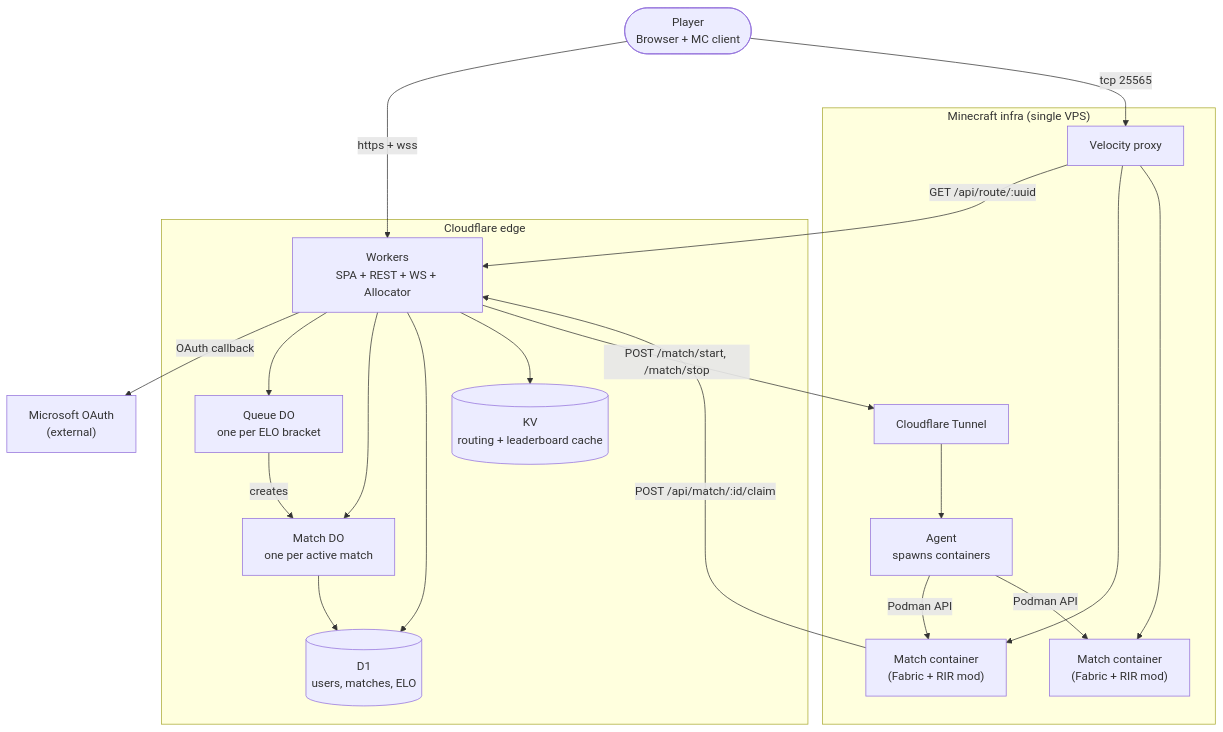
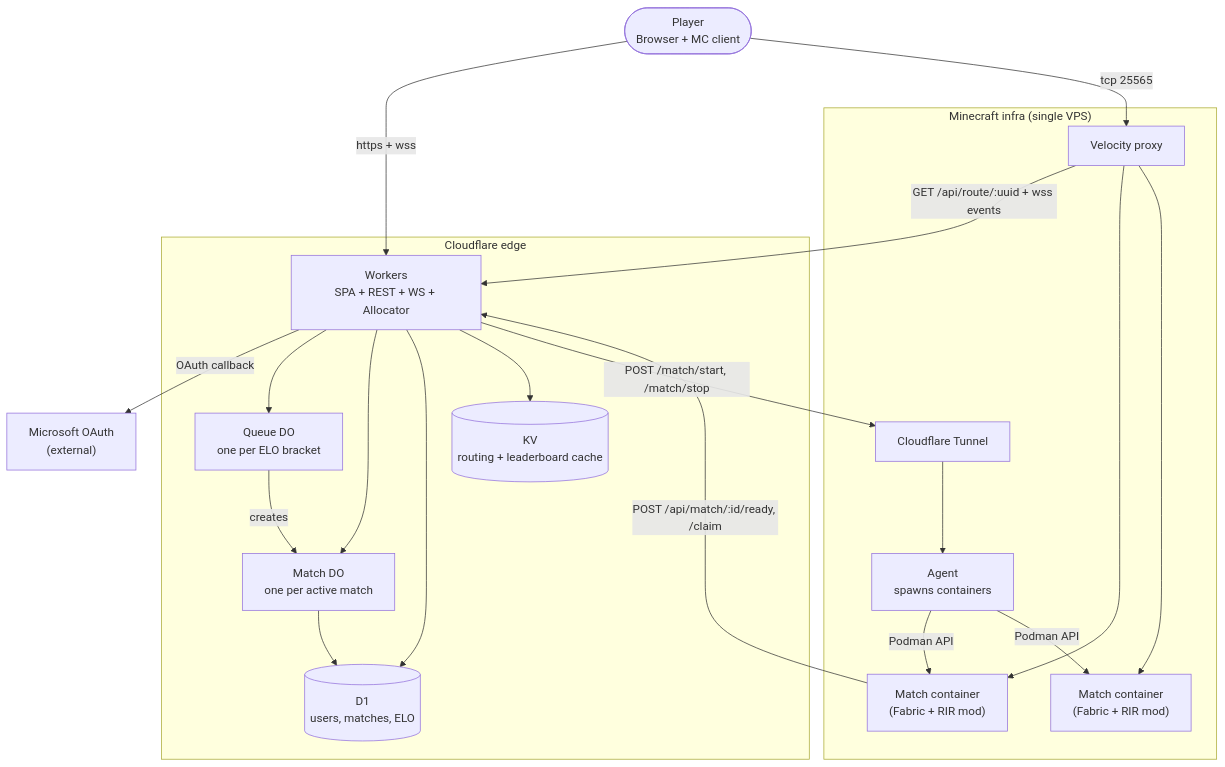
One commit to adhi-thirumala/sisr-ranked changed the diagram in ARCHITECTURE.MD. Above: the diagram before and after it, drawn with Mermaid. The commit also changed other lines of this file and 13 other files, not shown here.

````diff
--- a/ARCHITECTURE.MD
+++ b/ARCHITECTURE.MD
@@ -27,39 +27,39 @@
 ```mermaid
 flowchart TB
   Player(["Player<br/>Browser + MC client"])
   MS["Microsoft OAuth<br/>(external)"]
 
   subgraph CF["Cloudflare edge"]
     Workers["Workers<br/>SPA + REST + WS + Allocator"]
     QueueDO["Queue DO<br/>one per ELO bracket"]
     MatchDO["Match DO<br/>one per active match"]
     D1[("D1<br/>users, matches, ELO")]
     KV[("KV<br/>routing + leaderboard cache")]
   end
 
   subgraph MC["Minecraft infra (single VPS)"]
     Tunnel["Cloudflare Tunnel"]
     Agent["Agent<br/>spawns containers"]
     Velocity["Velocity proxy"]
     Match1["Match container<br/>(Fabric + RIR mod)"]
     Match2["Match container<br/>(Fabric + RIR mod)"]
   end
 
   Player -- "https + wss" --> Workers
   Player -- "tcp 25565" --> Velocity
   Workers -- "OAuth callback" --> MS
   Workers --> QueueDO
   Workers --> MatchDO
   Workers --> D1
   Workers --> KV
   Workers -- "POST /match/start, /match/stop" --> Tunnel
   Tunnel --> Agent
   Agent -- "Podman API" --> Match1
   Agent -- "Podman API" --> Match2
   QueueDO -- "creates" --> MatchDO
   MatchDO --> D1
-  Velocity -- "GET /api/route/:uuid" --> Workers
-  Match1 -- "POST /api/match/:id/claim" --> Workers
+  Velocity -- "GET /api/route/:uuid + wss events" --> Workers
+  Match1 -- "POST /api/match/:id/ready, /claim" --> Workers
   Velocity --> Match1
   Velocity --> Match2
 ```
````
